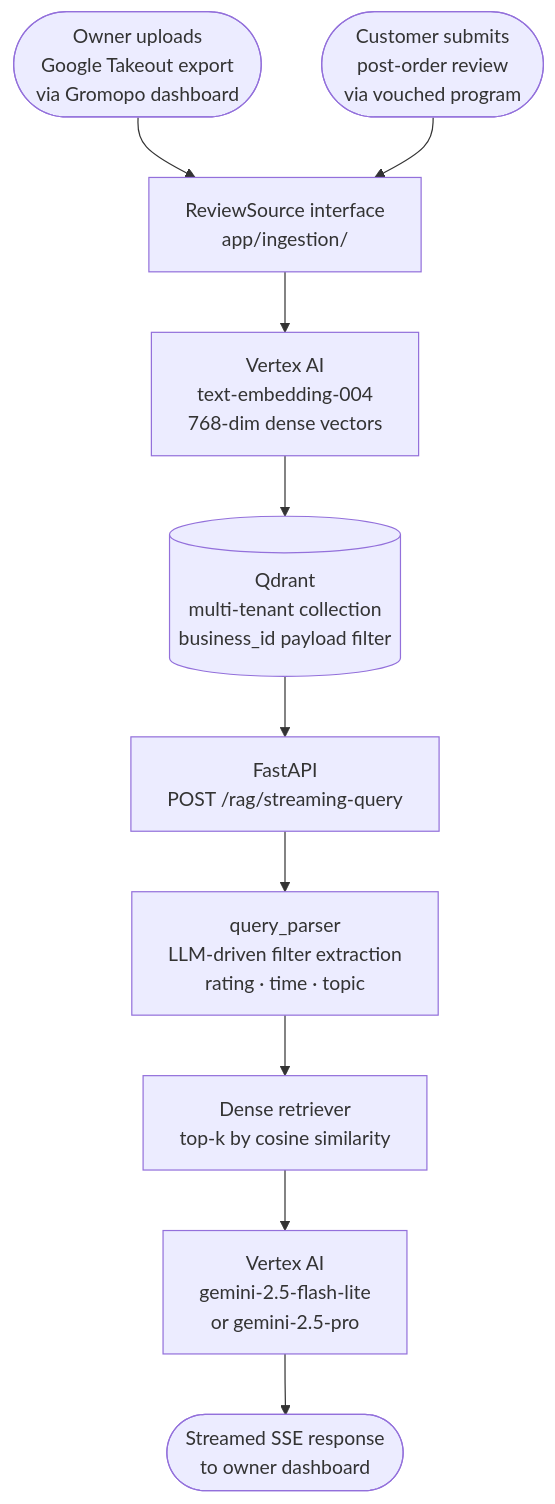
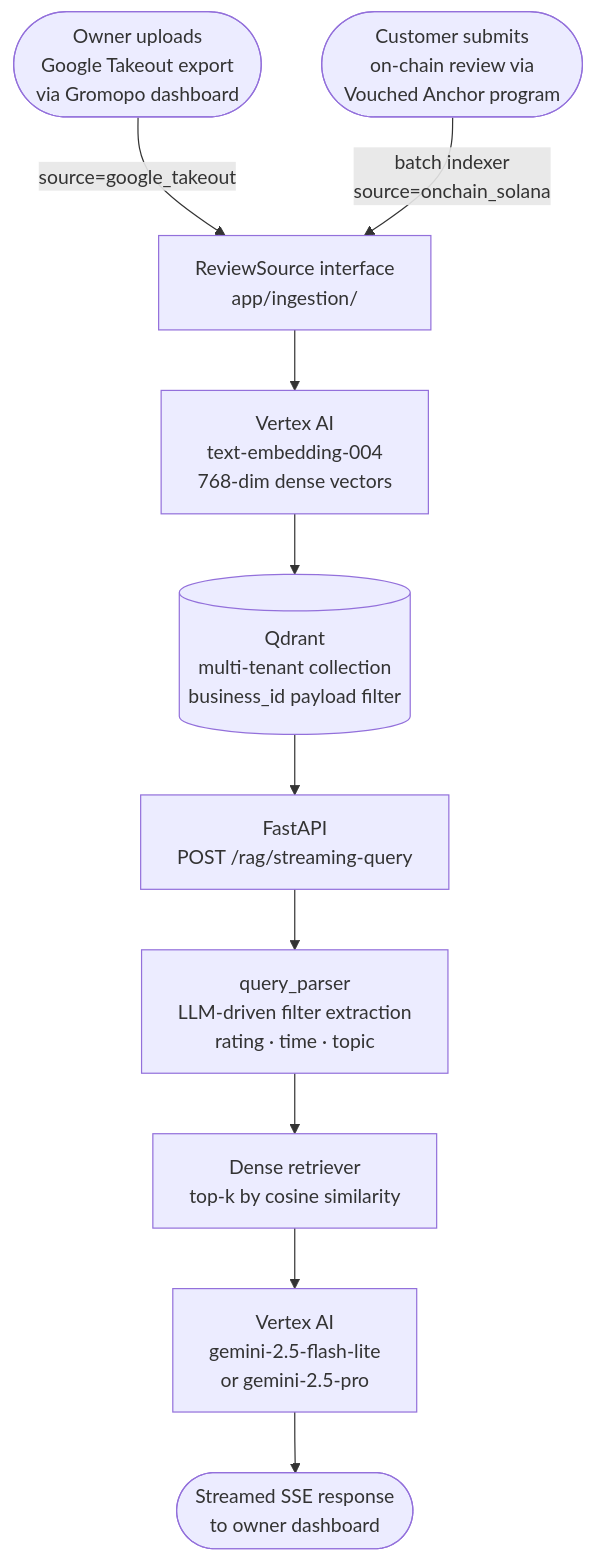
The diagram in README.md (gromopo-tech/chat), drawn with Mermaid before and after one commit. The commit also changed other lines of this file and 7 other files, not shown here.

````diff
--- a/README.md
+++ b/README.md
@@ -11,12 +11,12 @@
 ```mermaid
 flowchart TD
-    A([Owner uploads<br/>Google Takeout export<br/>via Gromopo dashboard]) --> C
-    B([Customer submits<br/>post-order review<br/>via vouched program]) --> C
+    A([Owner uploads<br/>Google Takeout export<br/>via Gromopo dashboard]) -->|source=google_takeout| C
+    B([Customer submits<br/>on-chain review via<br/>Vouched Anchor program]) -->|batch indexer<br/>source=onchain_solana| C
     C[ReviewSource interface<br/>app/ingestion/] --> D[Vertex AI<br/>text-embedding-004<br/>768-dim dense vectors]
     D --> E[(Qdrant<br/>multi-tenant collection<br/>business_id payload filter)]
     E --> F[FastAPI<br/>POST /rag/streaming-query]
     F --> G[query_parser<br/>LLM-driven filter extraction<br/>rating · time · topic]
     G --> H[Dense retriever<br/>top-k by cosine similarity]
     H --> I[Vertex AI<br/>gemini-2.5-flash-lite<br/>or gemini-2.5-pro]
     I --> J([Streamed SSE response<br/>to owner dashboard])
 ```
````
